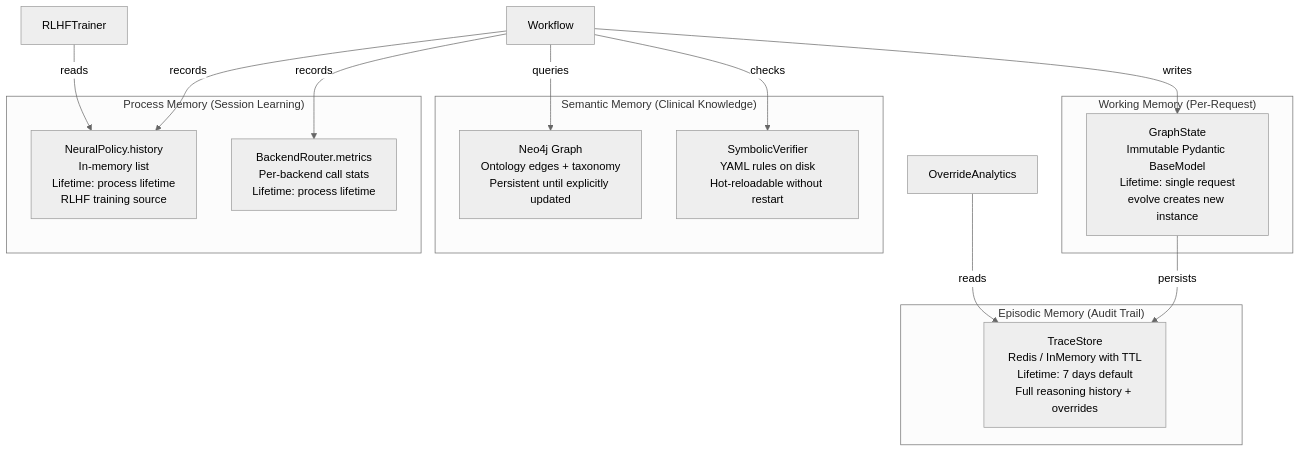
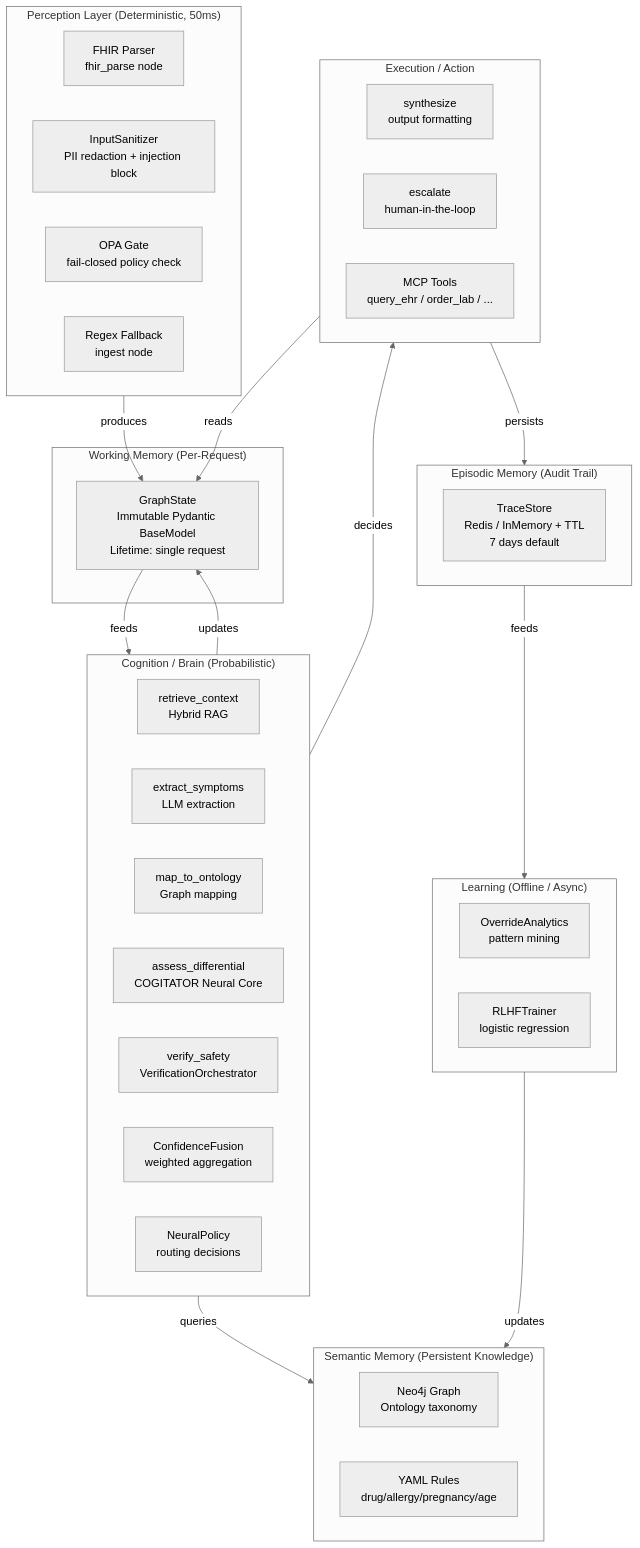
One commit to aragit/speculative-clinical-graphrag changed the fourth of 5 diagrams in README.md. Above: the diagram before and after it, drawn with Mermaid (neutral theme). The commit also changed other lines of this file, not shown here.

Commit message:
docs: add Workflow architecture section, corrected Memory Architecture, and DuckDB comparison

````diff
--- a/README.md
+++ b/README.md
@@ -310,29 +332,53 @@
 ```mermaid
 flowchart TB
-    subgraph WM["Working Memory (Per-Request)"]
-        GS[GraphState<br/>Immutable Pydantic BaseModel<br/>Lifetime: single request<br/>evolve creates new instance]
+    subgraph PERCEPTION["Perception Layer (Deterministic, 50ms)"]
+        FHIR[FHIR Parser<br/>fhir_parse node]
+        SAN[InputSanitizer<br/>PII redaction + injection block]
+        OPA_G[OPA Gate<br/>fail-closed policy check]
+        REGEX[Regex Fallback<br/>ingest node]
     end
 
-    subgraph EM["Episodic Memory (Audit Trail)"]
-        TS[TraceStore<br/>Redis / InMemory with TTL<br/>Lifetime: 7 days default<br/>Full reasoning history + overrides]
+    subgraph WM["Working Memory (Per-Request)"]
+        GS[GraphState<br/>Immutable Pydantic BaseModel<br/>Lifetime: single request]
     end
 
-    subgraph SM["Semantic Memory (Clinical Knowledge)"]
-        N4[Neo4j Graph<br/>Ontology edges + taxonomy<br/>Persistent until explicitly updated]
-        SY[SymbolicVerifier<br/>YAML rules on disk<br/>Hot-reloadable without restart]
+    subgraph COGNITION["Cognition / Brain (Probabilistic)"]
+        RET[retrieve_context<br/>Hybrid RAG]
+        EXT[extract_symptoms<br/>LLM extraction]
+        MAP[map_to_ontology<br/>Graph mapping]
+        COG[assess_differential<br/>COGITATOR Neural Core]
+        VER[verify_safety<br/>VerificationOrchestrator]
+        CF[ConfidenceFusion<br/>weighted aggregation]
+        NP[NeuralPolicy<br/>routing decisions]
     end
 
-    subgraph PM["Process Memory (Session Learning)"]
-        NP[NeuralPolicy.history<br/>In-memory list<br/>Lifetime: process lifetime<br/>RLHF training source]
-        BM[BackendRouter.metrics<br/>Per-backend call stats<br/>Lifetime: process lifetime]
+    subgraph SEMANTIC["Semantic Memory (Persistent Knowledge)"]
+        N4[Neo4j Graph<br/>Ontology taxonomy]
+        YAML[YAML Rules<br/>drug/allergy/pregnancy/age]
     end
 
-    Workflow -->|writes| GS
-    GS -->|persists| TS
-    Workflow -->|queries| N4
-    Workflow -->|checks| SY
-    Workflow -->|records| NP
-    Workflow -->|records| BM
-    RL[RLHFTrainer] -->|reads| NP
-    OA[OverrideAnalytics] -->|reads| TS
+    subgraph EXECUTION["Execution / Action"]
+        SYN[synthesize<br/>output formatting]
+        ESC[escalate<br/>human-in-the-loop]
+        MCP_EXE[MCP Tools<br/>query_ehr / order_lab / ...]
+    end
+
+    subgraph EPISODIC["Episodic Memory (Audit Trail)"]
+        TS[TraceStore<br/>Redis / InMemory + TTL<br/>7 days default]
+    end
+
+    subgraph LEARNING["Learning (Offline / Async)"]
+        OA[OverrideAnalytics<br/>pattern mining]
+        RL[RLHFTrainer<br/>logistic regression]
+    end
+
+    PERCEPTION -->|produces| GS
+    GS -->|feeds| COGNITION
+    COGNITION -->|queries| SEMANTIC
+    COGNITION -->|updates| GS
+    COGNITION -->|decides| EXECUTION
+    EXECUTION -->|reads| GS
+    EXECUTION -->|persists| EPISODIC
+    EPISODIC -->|feeds| LEARNING
+    LEARNING -->|updates| SEMANTIC
 ```
````
